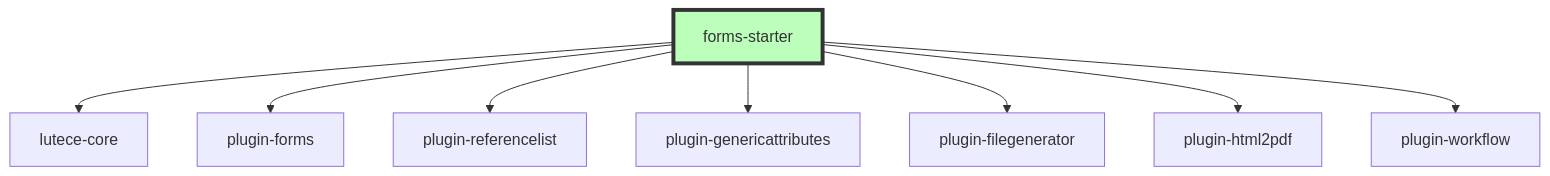
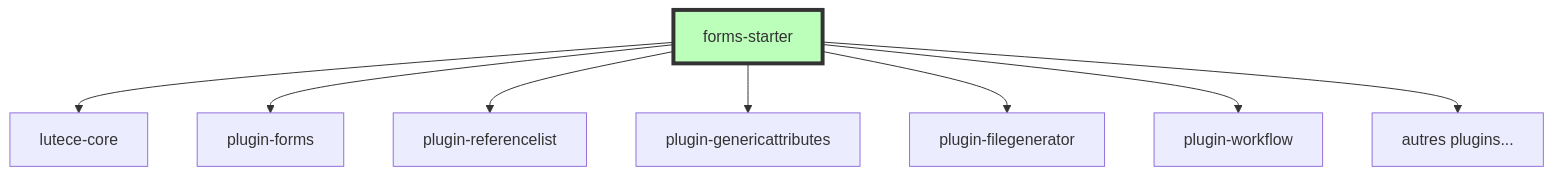
Before and after one commit to lutece-platform/lutece-platform: the fifth of 12 diagrams in README.md, drawn with Mermaid. The commit also changed other lines of this file, not shown here.

````diff
--- a/README.md
+++ b/README.md
@@ -92,12 +92,13 @@
 ```mermaid
 graph TD
     A[forms-starter] --> B[lutece-core]
     A --> C[plugin-forms]
     A --> D[plugin-referencelist]
     A --> E[plugin-genericattributes]
     A --> F[plugin-filegenerator]
-    A --> G[plugin-html2pdf]
-    A --> H[plugin-workflow]
+    A --> G[plugin-workflow]
+    A --> H[autres plugins...]
+    
     
     style A fill:#bfb,stroke:#333,stroke-width:4px
 ```
````
